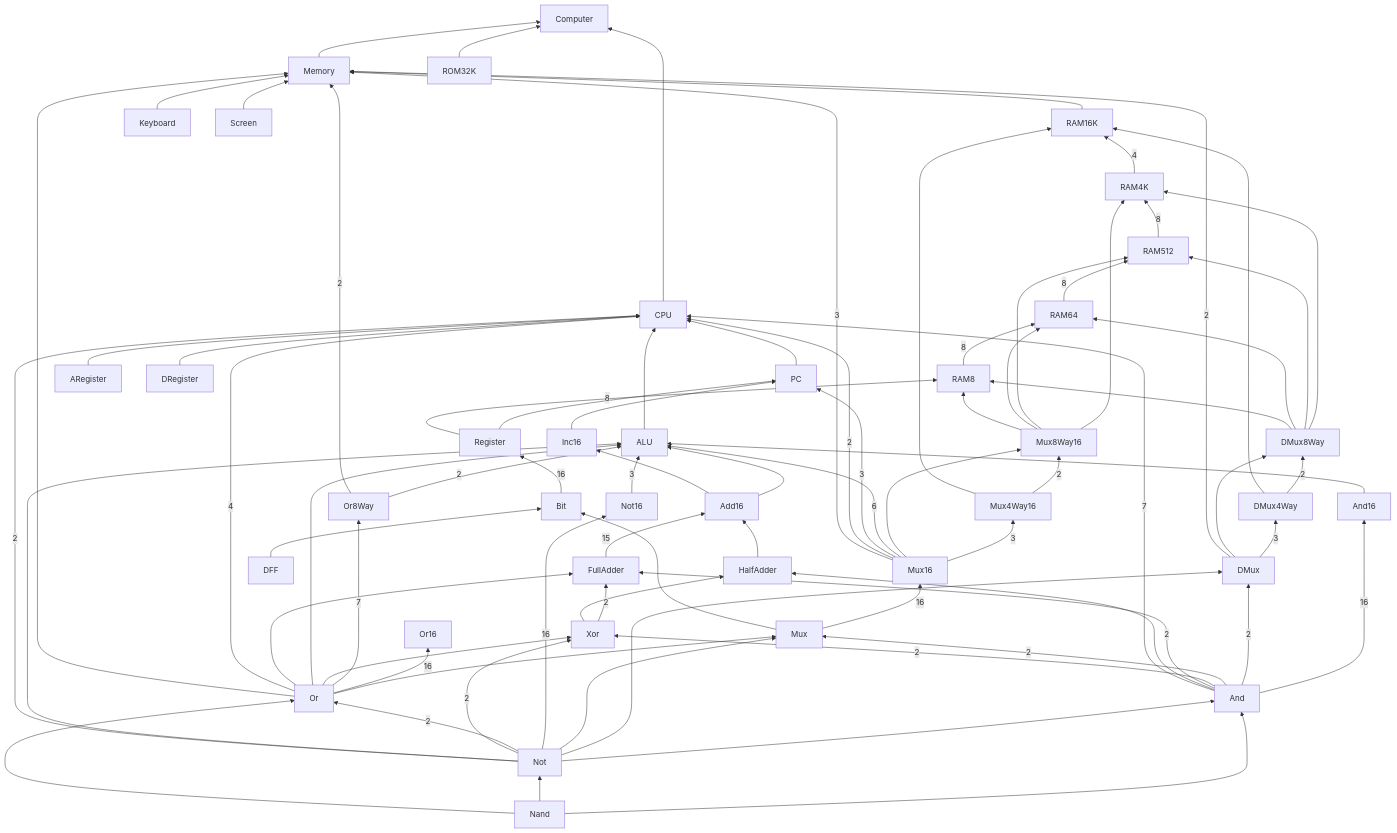
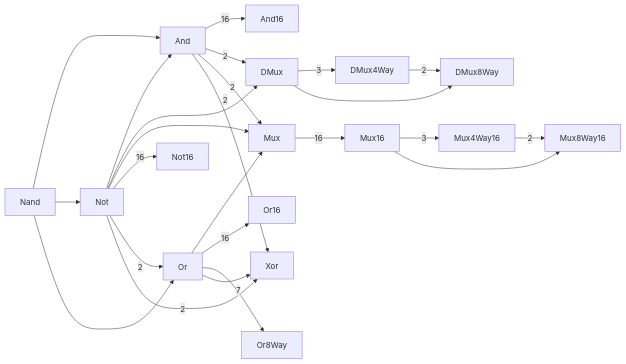
Before and after one commit to spaceadler/nand2tetris: the first of 6 diagrams in CODEMAP.md, drawn with Mermaid. The commit also changed other lines of this file, not shown here.

Commit message:
docs: regenerate CODEMAP.md with the narrower layout

````diff
--- a/CODEMAP.md
+++ b/CODEMAP.md
@@ -11,81 +13,27 @@
 ```mermaid
-flowchart BT
-    n_Nand[Nand] -->n_And[And]
-    n_Not[Not] -->n_And[And]
+flowchart LR
+    n_Nand[Nand] --> n_And[And]
+    n_Not[Not] --> n_And[And]
     n_And[And] -->|16| n_And16[And16]
     n_And[And] -->|2| n_DMux[DMux]
-    n_Not[Not] -->n_DMux[DMux]
+    n_Not[Not] --> n_DMux[DMux]
     n_DMux[DMux] -->|3| n_DMux4Way[DMux4Way]
-    n_DMux[DMux] -->n_DMux8Way[DMux8Way]
+    n_DMux[DMux] --> n_DMux8Way[DMux8Way]
     n_DMux4Way[DMux4Way] -->|2| n_DMux8Way[DMux8Way]
     n_And[And] -->|2| n_Mux[Mux]
-    n_Not[Not] -->n_Mux[Mux]
-    n_Or[Or] -->n_Mux[Mux]
+    n_Not[Not] --> n_Mux[Mux]
+    n_Or[Or] --> n_Mux[Mux]
     n_Mux[Mux] -->|16| n_Mux16[Mux16]
     n_Mux16[Mux16] -->|3| n_Mux4Way16[Mux4Way16]
-    n_Mux16[Mux16] -->n_Mux8Way16[Mux8Way16]
+    n_Mux16[Mux16] --> n_Mux8Way16[Mux8Way16]
     n_Mux4Way16[Mux4Way16] -->|2| n_Mux8Way16[Mux8Way16]
-    n_Nand[Nand] -->n_Not[Not]
+    n_Nand[Nand] --> n_Not[Not]
     n_Not[Not] -->|16| n_Not16[Not16]
-    n_Nand[Nand] -->n_Or[Or]
+    n_Nand[Nand] --> n_Or[Or]
     n_Not[Not] -->|2| n_Or[Or]
     n_Or[Or] -->|16| n_Or16[Or16]
     n_Or[Or] -->|7| n_Or8Way[Or8Way]
     n_And[And] -->|2| n_Xor[Xor]
     n_Not[Not] -->|2| n_Xor[Xor]
-    n_Or[Or] -->n_Xor[Xor]
-    n_Add16[Add16] -->n_ALU[ALU]
-    n_And16[And16] -->n_ALU[ALU]
-    n_Mux16[Mux16] -->|6| n_ALU[ALU]
-    n_Not[Not] -->n_ALU[ALU]
-    n_Not16[Not16] -->|3| n_ALU[ALU]
-    n_Or[Or] -->n_ALU[ALU]
-    n_Or8Way[Or8Way] -->|2| n_ALU[ALU]
-    n_FullAdder[FullAdder] -->|15| n_Add16[Add16]
-    n_HalfAdder[HalfAdder] -->n_Add16[Add16]
-    n_And[And] -->|2| n_FullAdder[FullAdder]
-    n_Or[Or] -->n_FullAdder[FullAdder]
-    n_Xor[Xor] -->|2| n_FullAdder[FullAdder]
-    n_And[And] -->n_HalfAdder[HalfAdder]
-    n_Xor[Xor] -->n_HalfAdder[HalfAdder]
-    n_Add16[Add16] -->n_Inc16[Inc16]
-    n_DFF[DFF] -->n_Bit[Bit]
-    n_Mux[Mux] -->n_Bit[Bit]
-    n_Inc16[Inc16] -->n_PC[PC]
-    n_Mux16[Mux16] -->|3| n_PC[PC]
-    n_Register[Register] -->n_PC[PC]
-    n_DMux4Way[DMux4Way] -->n_RAM16K[RAM16K]
-    n_Mux4Way16[Mux4Way16] -->n_RAM16K[RAM16K]
-    n_RAM4K[RAM4K] -->|4| n_RAM16K[RAM16K]
-    n_DMux8Way[DMux8Way] -->n_RAM4K[RAM4K]
-    n_Mux8Way16[Mux8Way16] -->n_RAM4K[RAM4K]
-    n_RAM512[RAM512] -->|8| n_RAM4K[RAM4K]
-    n_DMux8Way[DMux8Way] -->n_RAM512[RAM512]
-    n_Mux8Way16[Mux8Way16] -->n_RAM512[RAM512]
-    n_RAM64[RAM64] -->|8| n_RAM512[RAM512]
-    n_DMux8Way[DMux8Way] -->n_RAM64[RAM64]
-    n_Mux8Way16[Mux8Way16] -->n_RAM64[RAM64]
-    n_RAM8[RAM8] -->|8| n_RAM64[RAM64]
-    n_DMux8Way[DMux8Way] -->n_RAM8[RAM8]
-    n_Mux8Way16[Mux8Way16] -->n_RAM8[RAM8]
-    n_Register[Register] -->|8| n_RAM8[RAM8]
-    n_Bit[Bit] -->|16| n_Register[Register]
-    n_ALU[ALU] -->n_CPU[CPU]
-    n_ARegister[ARegister] -->n_CPU[CPU]
-    n_And[And] -->|7| n_CPU[CPU]
-    n_DRegister[DRegister] -->n_CPU[CPU]
-    n_Mux16[Mux16] -->|2| n_CPU[CPU]
-    n_Not[Not] -->|2| n_CPU[CPU]
-    n_Or[Or] -->|4| n_CPU[CPU]
-    n_PC[PC] -->n_CPU[CPU]
-    n_CPU[CPU] -->n_Computer[Computer]
-    n_Memory[Memory] -->n_Computer[Computer]
-    n_ROM32K[ROM32K] -->n_Computer[Computer]
-    n_DMux[DMux] -->|2| n_Memory[Memory]
-    n_Keyboard[Keyboard] -->n_Memory[Memory]
-    n_Mux16[Mux16] -->|3| n_Memory[Memory]
-    n_Or[Or] -->n_Memory[Memory]
-    n_Or8Way[Or8Way] -->|2| n_Memory[Memory]
-    n_RAM16K[RAM16K] -->n_Memory[Memory]
-    n_Screen[Screen] -->n_Memory[Memory]
+    n_Or[Or] --> n_Xor[Xor]
 ```
````
